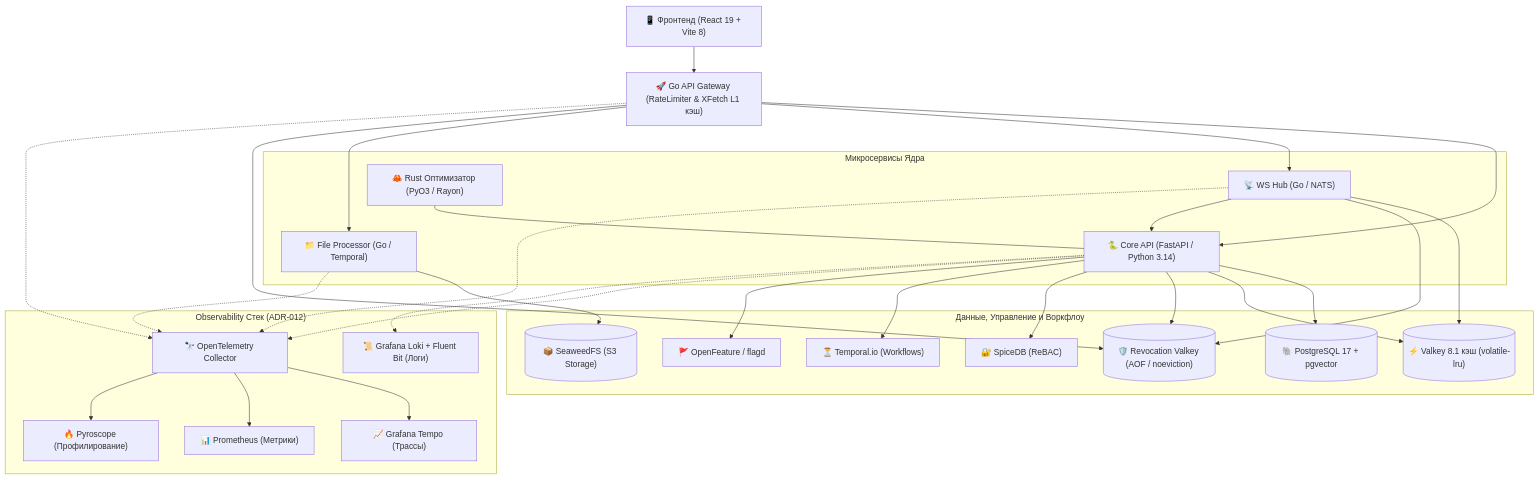
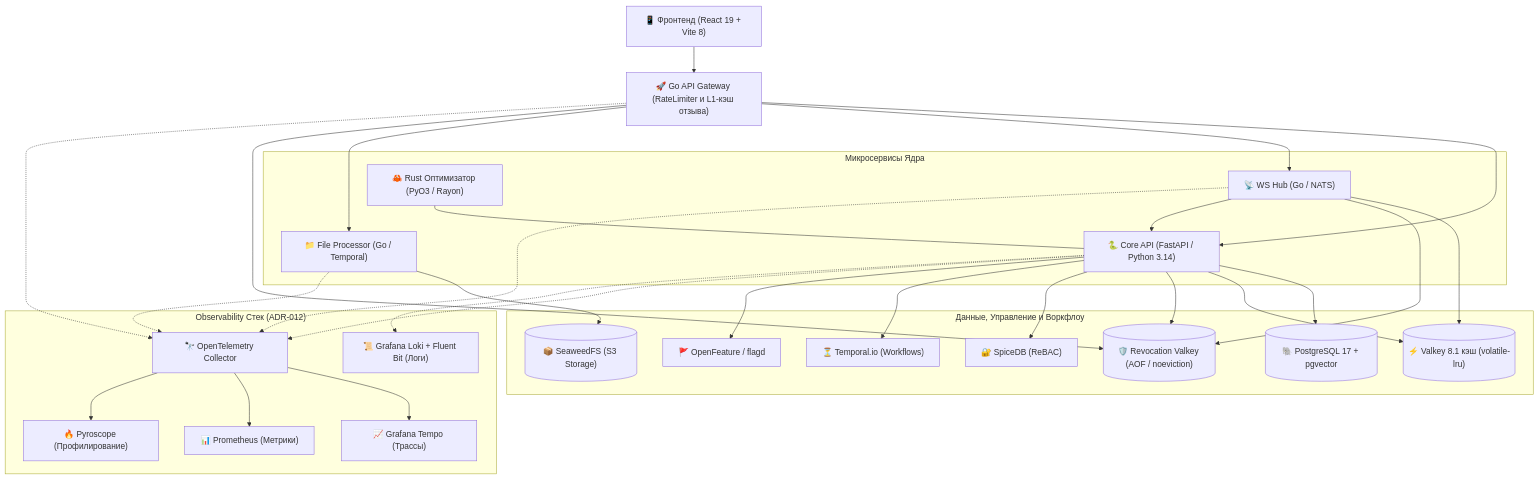
The first of 3 diagrams in README.ru.md (egorribun/university_ecosystem), drawn with Mermaid before and after one commit. The commit also changed other lines of this file and 110 other files, not shown here.

````diff
--- a/README.ru.md
+++ b/README.ru.md
@@ -90,59 +90,59 @@
 ```mermaid
 graph TD
     Client["📱 Фронтенд (React 19 + Vite 8)"]
-    Gateway["🚀 Go API Gateway (RateLimiter & XFetch L1 кэш)"]
+    Gateway["🚀 Go API Gateway (RateLimiter и L1-кэш отзыва)"]
 
     subgraph "Микросервисы Ядра"
         Backend["🐍 Core API (FastAPI / Python 3.14)"]
         WSHub["📡 WS Hub (Go / NATS)"]
         FileProc["📁 File Processor (Go / Temporal)"]
         Optimizer["🦀 Rust Оптимизатор (PyO3 / Rayon)"]
     end
 
     subgraph "Данные, Управление и Воркфлоу"
         Postgres[("🐘 PostgreSQL 17 + pgvector")]
         Valkey[("⚡ Valkey 8.1 кэш (volatile-lru)")]
         Revocations[("🛡️ Revocation Valkey (AOF / noeviction)")]
         MinIO[("📦 SeaweedFS (S3 Storage)")]
         Temporal["⏳ Temporal.io (Workflows)"]
         SpiceDB["🔐 SpiceDB (ReBAC)"]
         Flagd["🚩 OpenFeature / flagd"]
     end
 
     subgraph "Observability Стек (ADR-012)"
         OTEL["🔭 OpenTelemetry Collector"]
         Tempo["📈 Grafana Tempo (Трассы)"]
         Prometheus["📊 Prometheus (Метрики)"]
         Pyroscope["🔥 Pyroscope (Профилирование)"]
         Loki["📜 Grafana Loki + Fluent Bit (Логи)"]
     end
 
     Client --> Gateway
     Gateway --> Backend
     Gateway --> WSHub
     Gateway --> FileProc
 
     Backend --> Postgres
     Backend --> Valkey
     Backend --> Revocations
     Backend --> SpiceDB
     Backend --> Temporal
     Backend --> Flagd
 
     WSHub --> Valkey
     WSHub --> Revocations
     Gateway --> Revocations
     WSHub --> Backend
     FileProc --> MinIO
     Optimizer --- Backend
 
     Backend -.-> OTEL
     Gateway -.-> OTEL
     WSHub -.-> OTEL
     FileProc -.-> OTEL
 
     OTEL --> Tempo
     OTEL --> Prometheus
     OTEL --> Pyroscope
     Backend -.-> Loki
 ```
````
